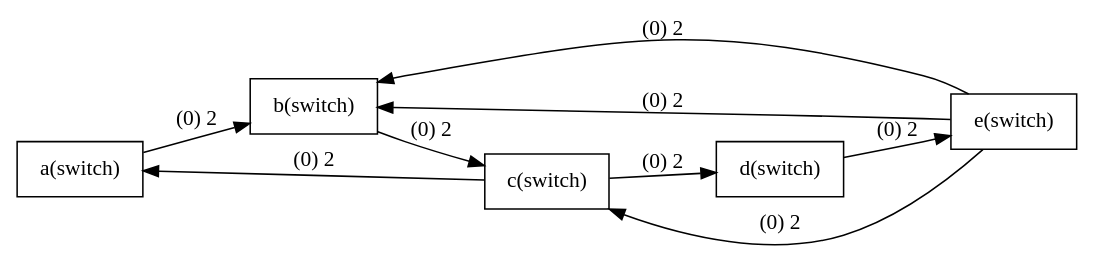
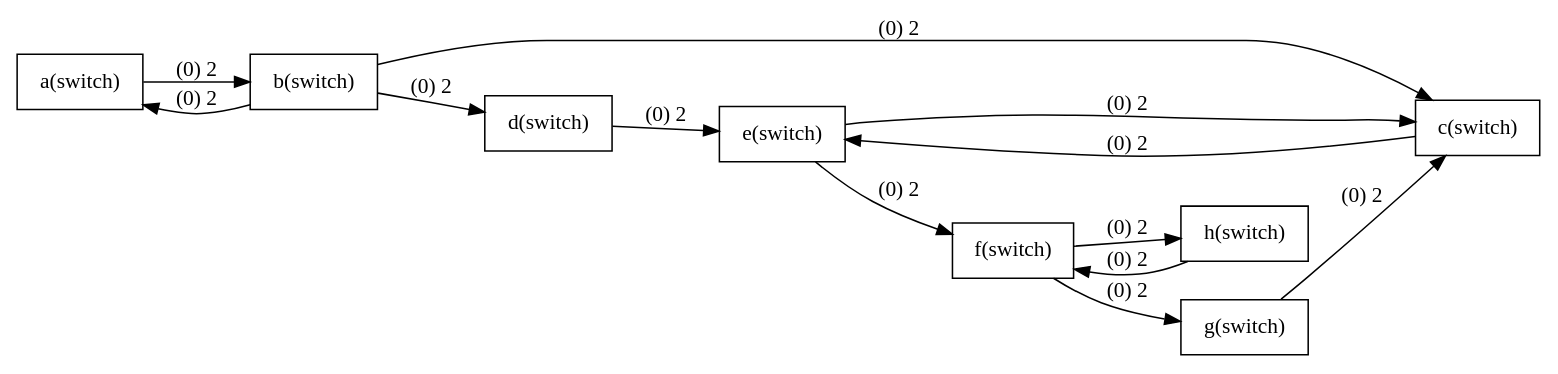
One commit to claireyy23/2019-spring-gt changed the diagram in plot.dot. Above: the diagram before and after it, drawn with Graphviz. The commit also changed 5 other files, not shown here.

```diff
--- a/plot.dot
+++ b/plot.dot
@@ -1,30 +1,42 @@
 digraph G{
 rankdir=LR;
 node [shape=record];
 
 a [label="a(switch)"];
 b [label="b(switch)"];
 a->b[label="(0) 2"];
 b [label="b(switch)"];
 c [label="c(switch)"];
 b->c[label="(0) 2"];
+b [label="b(switch)"];
+d [label="d(switch)"];
+b->d[label="(0) 2"];
 c [label="c(switch)"];
-a [label="a(switch)"];
-c->a[label="(0) 2"];
+e [label="e(switch)"];
+c->e[label="(0) 2"];
 d [label="d(switch)"];
 e [label="e(switch)"];
 d->e[label="(0) 2"];
 e [label="e(switch)"];
+f [label="f(switch)"];
+e->f[label="(0) 2"];
+f [label="f(switch)"];
+h [label="h(switch)"];
+f->h[label="(0) 2"];
+f [label="f(switch)"];
+g [label="g(switch)"];
+f->g[label="(0) 2"];
+g [label="g(switch)"];
+c [label="c(switch)"];
+g->c[label="(0) 2"];
+b [label="b(switch)"];
+a [label="a(switch)"];
+b->a[label="(0) 2"];
+e [label="e(switch)"];
 c [label="c(switch)"];
 e->c[label="(0) 2"];
-c [label="c(switch)"];
-d [label="d(switch)"];
-c->d[label="(0) 2"];
-e [label="e(switch)"];
-b [label="b(switch)"];
-e->b[label="(0) 2"];
-e [label="e(switch)"];
-b [label="b(switch)"];
-e->b[label="(0) 2"];
+h [label="h(switch)"];
+f [label="f(switch)"];
+h->f[label="(0) 2"];
 
 }
```
